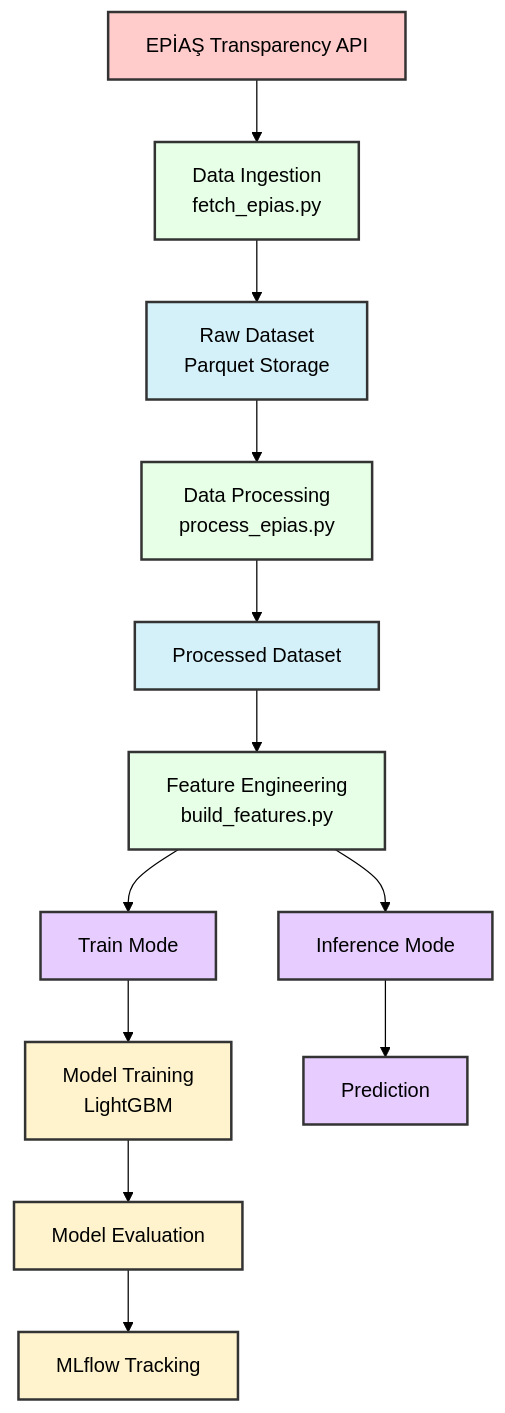
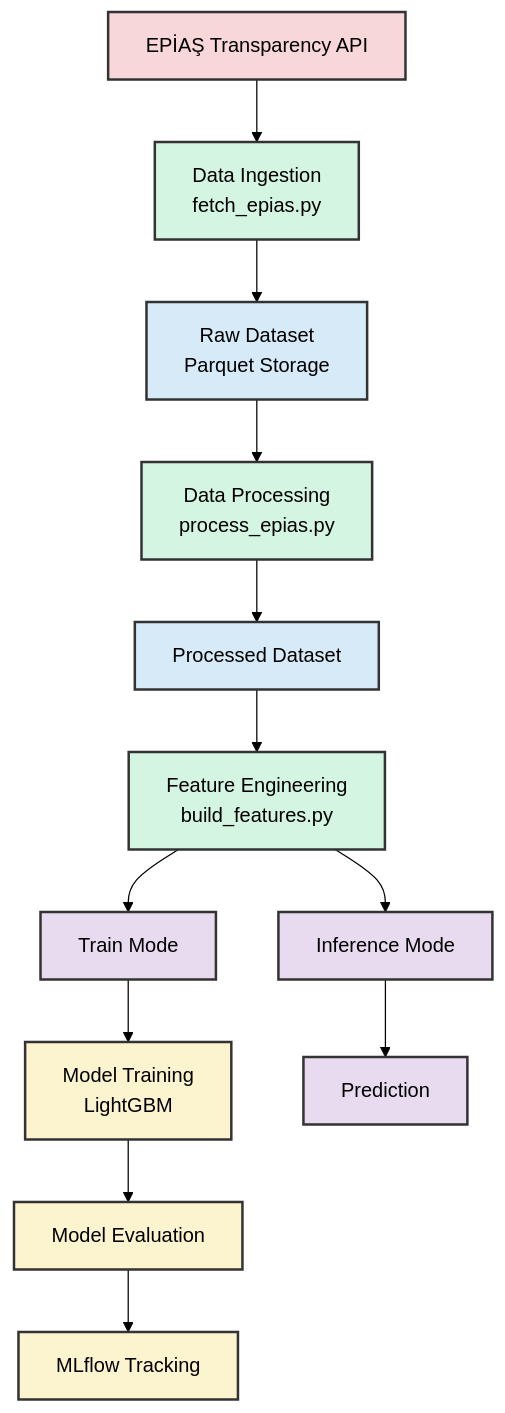
The first of 3 diagrams in README.md (Berkeaziz/Teias_PTF_Forecast), drawn with Mermaid (forest theme) before and after one commit. The commit also changed other lines of this file and 1 other file, not shown here.

````diff
--- a/README.md
+++ b/README.md
@@ -27,46 +27,46 @@
 ```mermaid
 flowchart TD
 
 A[EPİAŞ Transparency API]
 B[Data Ingestion<br>fetch_epias.py]
 C[Raw Dataset<br>Parquet Storage]
 D[Data Processing<br>process_epias.py]
 E[Processed Dataset]
 F[Feature Engineering<br>build_features.py]
 
 G[Train Mode]
 H[Model Training<br>LightGBM]
 I[Model Evaluation]
 J[MLflow Tracking]
 
 K[Inference Mode]
 L[Prediction]
 
 A --> B
 B --> C
 C --> D
 D --> E
 E --> F
 
 F --> G
 G --> H
 H --> I
 I --> J
 
 F --> K
 K --> L
 
 
 %% Styles
-classDef api fill:#ffcccb,stroke:#333,stroke-width:2px
-classDef data fill:#d4f1f9,stroke:#333,stroke-width:2px
-classDef process fill:#e6ffe6,stroke:#333,stroke-width:2px
-classDef model fill:#fff3cd,stroke:#333,stroke-width:2px
-classDef inference fill:#e6ccff,stroke:#333,stroke-width:2px
+classDef api fill:#f8d7da,stroke:#333,stroke-width:2px,color:#000
+classDef data fill:#d6eaf8,stroke:#333,stroke-width:2px,color:#000
+classDef process fill:#d5f5e3,stroke:#333,stroke-width:2px,color:#000
+classDef model fill:#fcf3cf,stroke:#333,stroke-width:2px,color:#000
+classDef inference fill:#e8daef,stroke:#333,stroke-width:2px,color:#000
 
 class A api
 class C,E data
 class B,D,F process
 class H,I,J model
 class G,K,L inference
 ```
````
